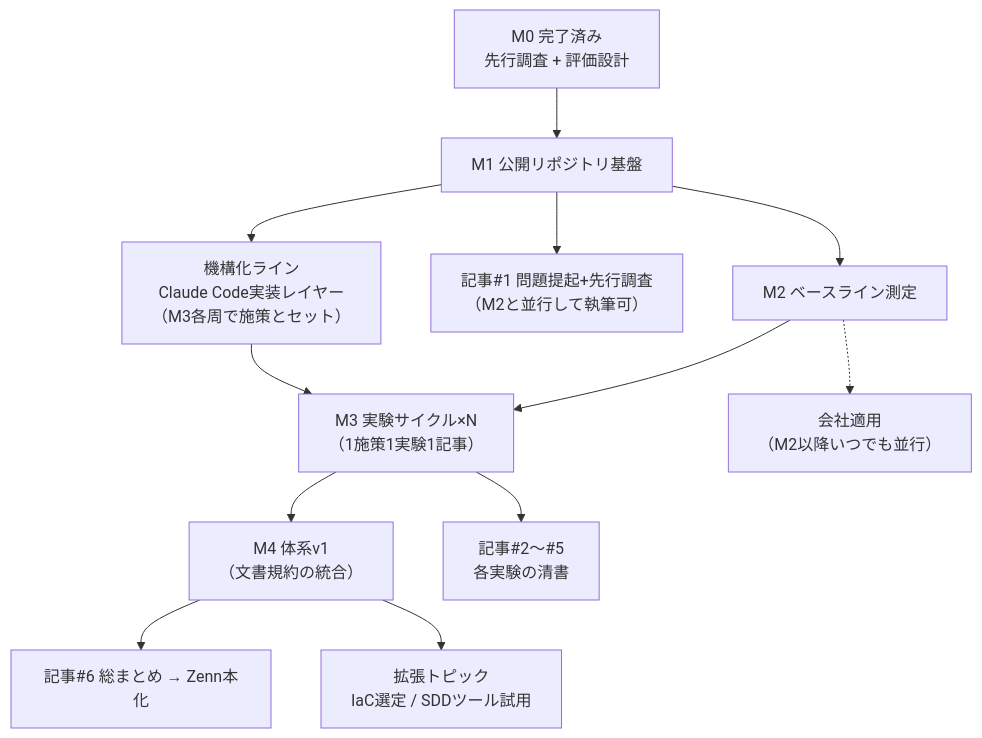
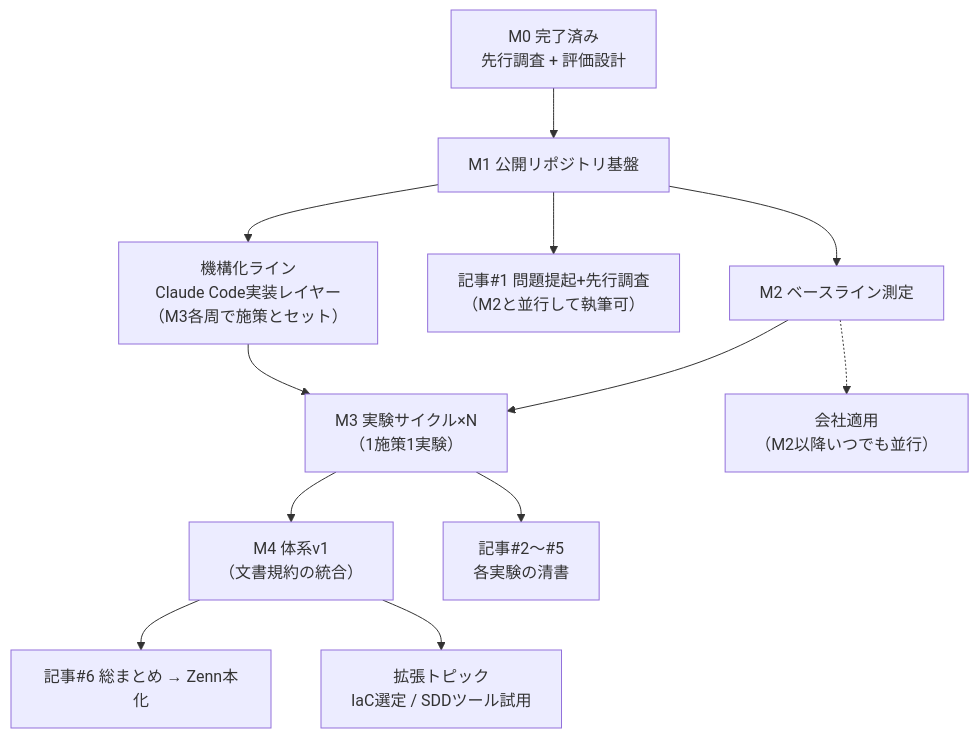
The diagram in ROADMAP.md (KazumaOchiaiDev/ai-docs-lab), drawn with Mermaid before and after one commit. The commit also changed other lines of this file and 2 other files, not shown here.

````diff
--- a/ROADMAP.md
+++ b/ROADMAP.md
@@ -17,14 +17,14 @@
 ```mermaid
 graph TD
     M0["M0 完了済み<br>先行調査 + 評価設計"] --> M1["M1 公開リポジトリ基盤"]
     M1 --> M2["M2 ベースライン測定"]
-    M2 --> M3["M3 実験サイクル×N<br>（1施策1実験1記事）"]
+    M2 --> M3["M3 実験サイクル×N<br>（1施策1実験）"]
     M3 --> M4["M4 体系v1<br>（文書規約の統合）"]
     M1 --> A1["記事#1 問題提起+先行調査<br>（M2と並行して執筆可）"]
     M3 --> A2["記事#2〜#5<br>各実験の清書"]
     M4 --> A6["記事#6 総まとめ → Zenn本化"]
     M2 -.-> W["会社適用<br>（M2以降いつでも並行）"]
     M4 --> X["拡張トピック<br>IaC選定 / SDDツール試用"]
     M1 --> T["機構化ライン<br>Claude Code実装レイヤー<br>（M3各周で施策とセット）"]
     T --> M3
 ```
````
